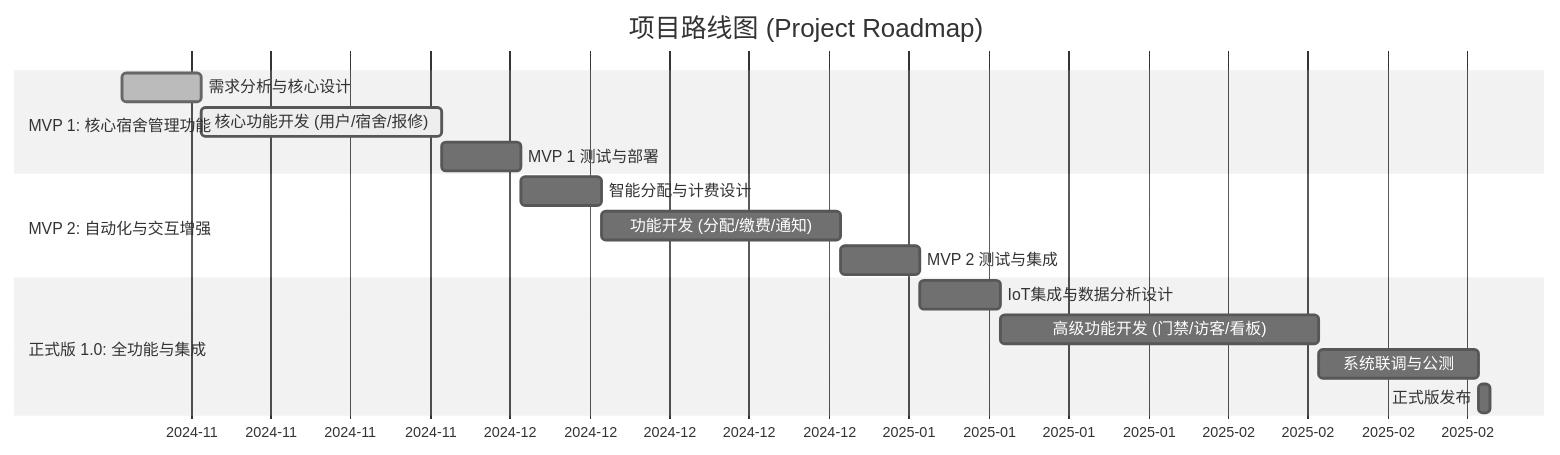
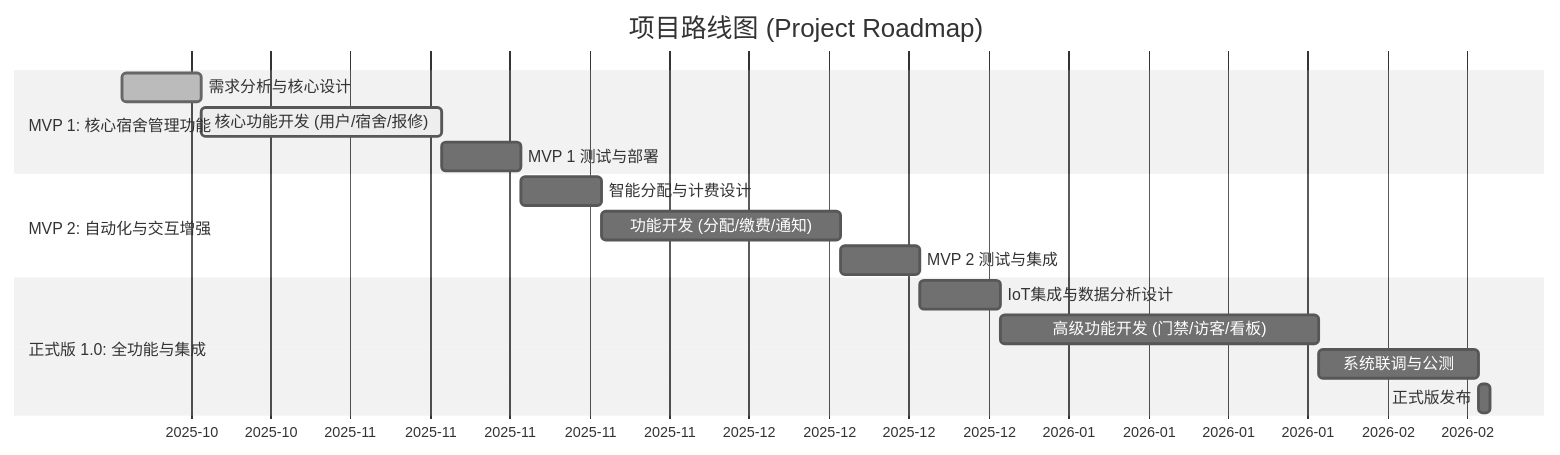
Before and after one commit to Eliano64/TJ-SAD-DORM: the diagram in assignment1/SRS.md, drawn with Mermaid (neutral theme). The commit also changed other lines of this file, not shown here.

````diff
--- a/assignment1/SRS.md
+++ b/assignment1/SRS.md
@@ -135,22 +131,22 @@
 ```mermaid
 gantt
     title 项目路线图 (Project Roadmap)
     dateFormat  YYYY-MM-DD
     axisFormat  %Y-%m
     
     section MVP 1: 核心宿舍管理功能
-    需求分析与核心设计          :done, 2024-10-28, 7d
-    核心功能开发 (用户/宿舍/报修) :active, 2024-11-04, 21d
-    MVP 1 测试与部署            : 2024-11-25, 7d
+    需求分析与核心设计          :done, 2025-10-13, 7d
+    核心功能开发 (用户/宿舍/报修) :active, 2025-10-20, 21d
+    MVP 1 测试与部署            : 2025-11-10, 7d
     
     section MVP 2: 自动化与交互增强
-    智能分配与计费设计          : 2024-12-02, 7d
-    功能开发 (分配/缴费/通知)   : 2024-12-09, 21d
-    MVP 2 测试与集成            : 2024-12-30, 7d
+    智能分配与计费设计          : 2025-11-17, 7d
+    功能开发 (分配/缴费/通知)   : 2025-11-24, 21d
+    MVP 2 测试与集成            : 2025-12-15, 7d
 
     section 正式版 1.0: 全功能与集成
-    IoT集成与数据分析设计       : 2025-01-06, 7d
-    高级功能开发 (门禁/访客/看板): 2025-01-13, 28d
-    系统联调与公测              : 2025-02-10, 14d
-    正式版发布                  : 2025-02-24, 1d
+    IoT集成与数据分析设计       : 2025-12-22, 7d
+    高级功能开发 (门禁/访客/看板): 2025-12-29, 28d
+    系统联调与公测              : 2026-01-26, 14d
+    正式版发布                  : 2026-02-09, 1d
 ```
````
